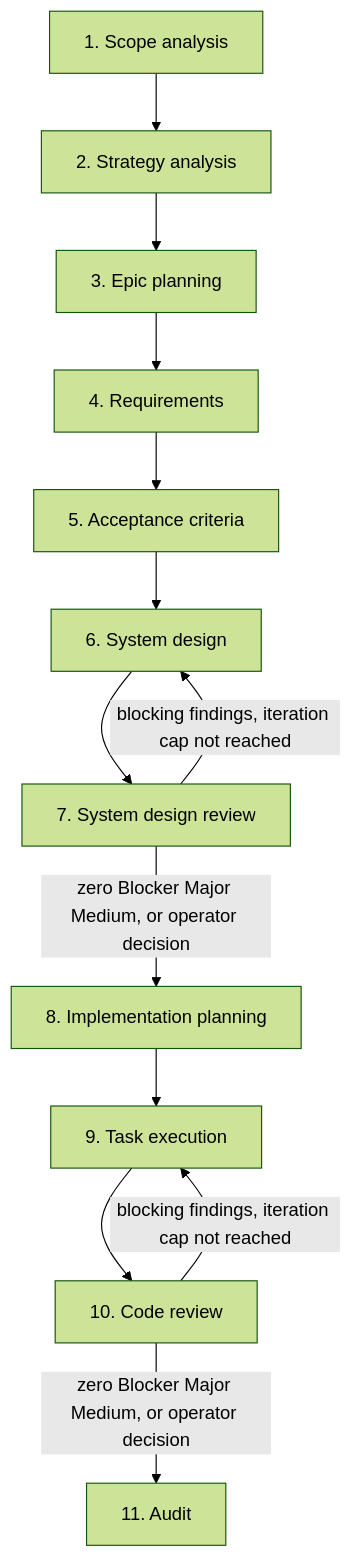
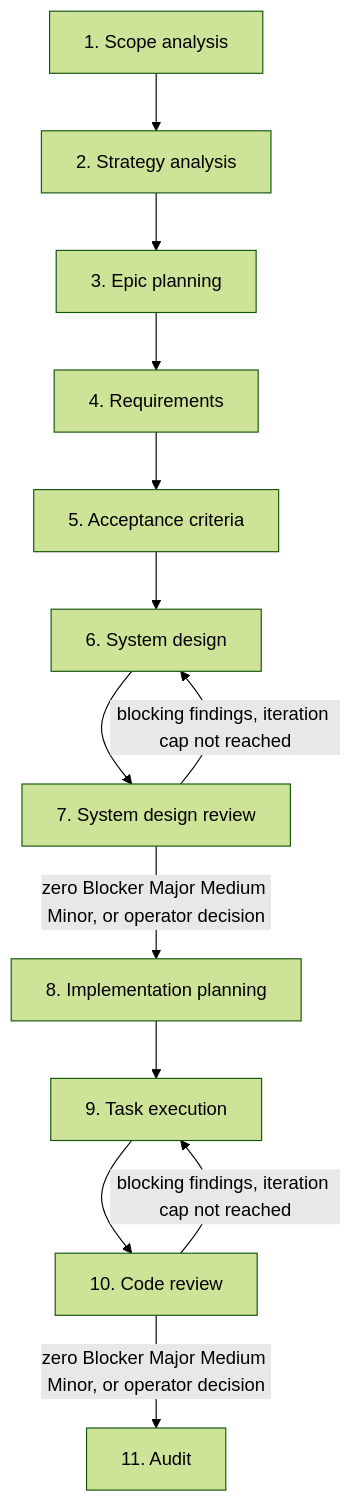
One commit to asubbot/personal-assistant changed the first of 2 diagrams in ai-sdlc/specification/pipeline.spec.md. Above: the diagram before and after it, drawn with Mermaid (forest theme). The commit also changed other lines of this file and 6 other files, not shown here.

````diff
--- a/ai-sdlc/specification/pipeline.spec.md
+++ b/ai-sdlc/specification/pipeline.spec.md
@@ -29,20 +29,20 @@
 ```mermaid
 flowchart TB
   A[1. Scope analysis]
   B[2. Strategy analysis]
   C[3. Epic planning]
   D[4. Requirements]
   E[5. Acceptance criteria]
   F[6. System design]
   G[7. System design review]
   H[8. Implementation planning]
   I[9. Task execution]
   J[10. Code review]
   K[11. Audit]
   A --> B --> C --> D --> E --> F --> G
   G -->|blocking findings, iteration cap not reached| F
-  G -->|zero Blocker Major Medium, or operator decision| H
+  G -->|zero Blocker Major Medium Minor, or operator decision| H
   H --> I --> J
   J -->|blocking findings, iteration cap not reached| I
-  J -->|zero Blocker Major Medium, or operator decision| K
+  J -->|zero Blocker Major Medium Minor, or operator decision| K
 ```
````
